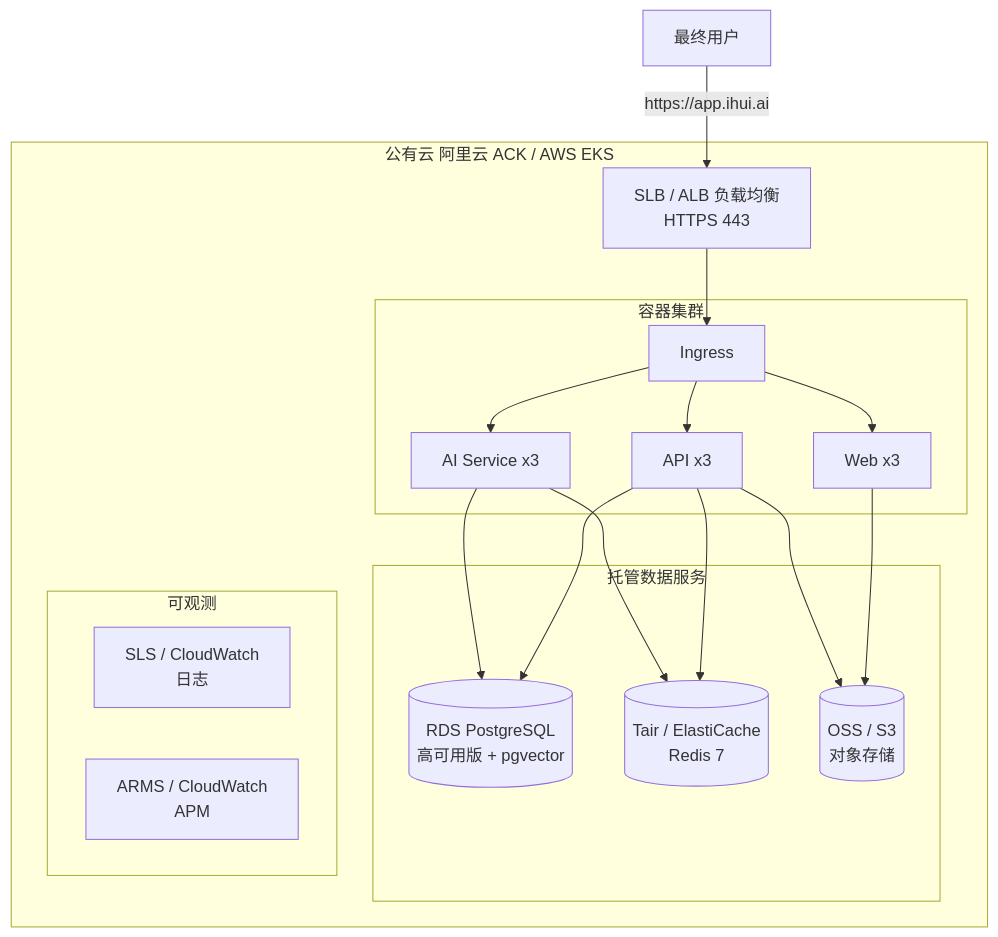
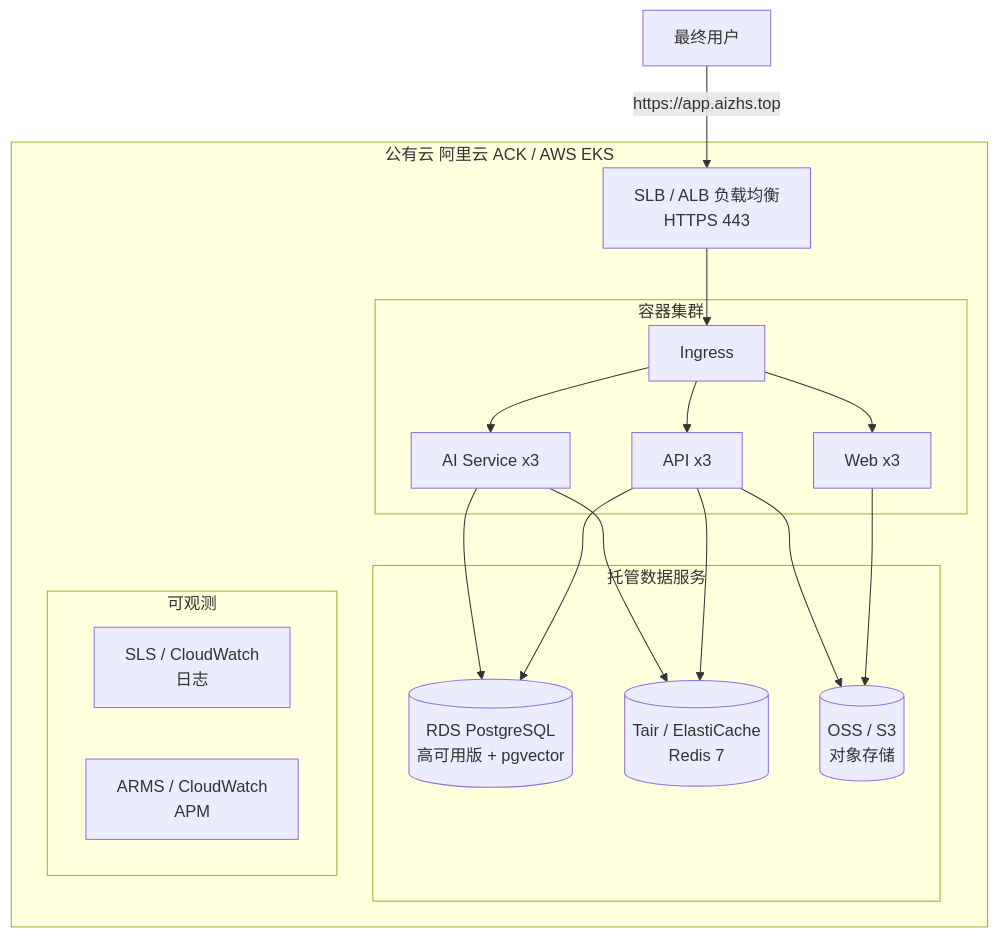
One commit to IHUI-INF-AI/IHUI-AI changed the second of 3 diagrams in docs/enterprise-service/deployment-guide.md. Above: the diagram before and after it, drawn with Mermaid. The commit also changed other lines of this file and 366 other files, not shown here.

First line of the commit message:
fix(domain): 全项目 ihui.ai 域名迁移至 aizhs.top

````diff
--- a/docs/enterprise-service/deployment-guide.md
+++ b/docs/enterprise-service/deployment-guide.md
@@ -306,32 +306,32 @@
 ```mermaid
 graph TB
     subgraph 公有云 阿里云 ACK / AWS EKS
         SLB[SLB / ALB 负载均衡<br/>HTTPS 443]
         subgraph 容器集群
             ING[Ingress]
             WEB[Web x3]
             API[API x3]
             AI[AI Service x3]
         end
         subgraph 托管数据服务
             RDS[(RDS PostgreSQL<br/>高可用版 + pgvector)]
             REDIS[(Tair / ElastiCache<br/>Redis 7)]
             OSS[(OSS / S3<br/>对象存储)]
         end
         subgraph 可观测
             SLS[SLS / CloudWatch<br/>日志]
             ARMS[ARMS / CloudWatch<br/>APM]
         end
         SLB --> ING
         ING --> WEB
         ING --> API
         ING --> AI
         API --> RDS
         API --> REDIS
         AI --> REDIS
         AI --> RDS
         WEB --> OSS
         API --> OSS
     end
-    USER[最终用户] -->|https://app.ihui.ai| SLB
+    USER[最终用户] -->|https://app.aizhs.top| SLB
 ```
````
